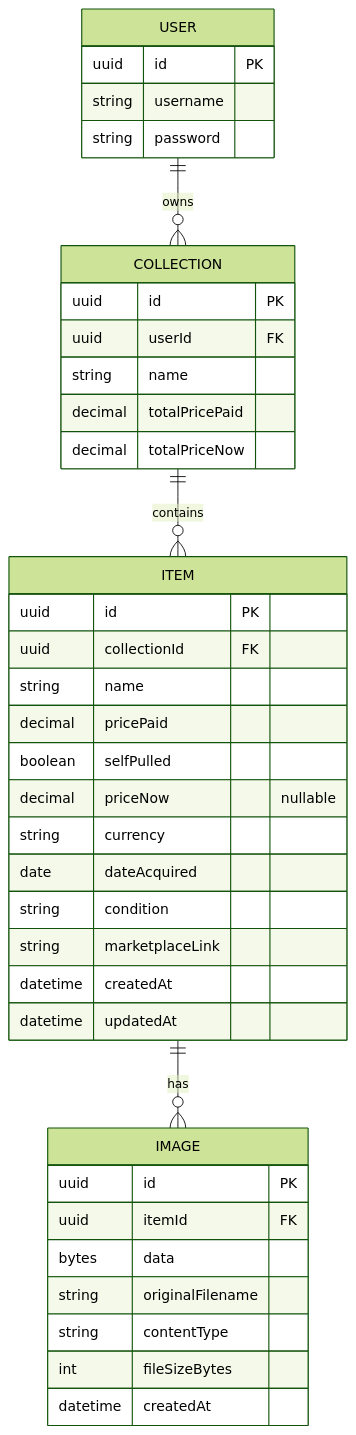
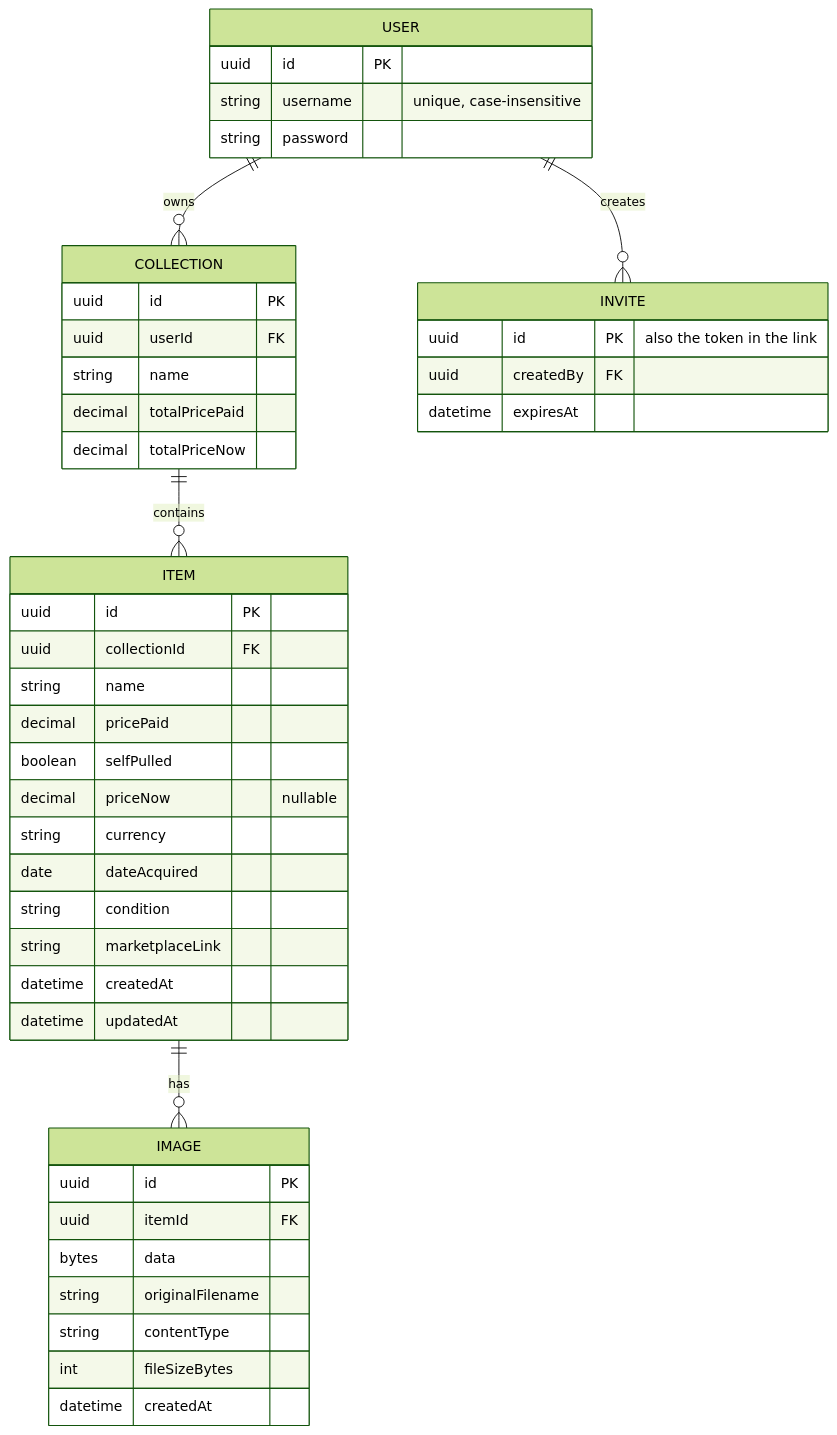
The diagram in database/data-model-mvp.md (MarcoSchoch1/pack-rat-docs), drawn with Mermaid (forest theme) before and after one commit. The commit also changed other lines of this file and 6 other files, not shown here.

````diff
--- a/database/data-model-mvp.md
+++ b/database/data-model-mvp.md
@@ -5,41 +5,47 @@
 ```mermaid
 erDiagram
   USER ||--o{ COLLECTION : owns
+  USER ||--o{ INVITE : creates
   COLLECTION ||--o{ ITEM : contains
   ITEM ||--o{ IMAGE : has
   USER {
     uuid id PK
-    string username
+    string username "unique, case-insensitive"
     string password
+  }
+  INVITE {
+    uuid id PK "also the token in the link"
+    uuid createdBy FK
+    datetime expiresAt
   }
   COLLECTION {
     uuid id PK
     uuid userId FK
     string name
     decimal totalPricePaid
     decimal totalPriceNow
   }
   ITEM {
     uuid id PK
     uuid collectionId FK
     string name
     decimal pricePaid
     boolean selfPulled
     decimal priceNow "nullable"
     string currency
     date dateAcquired
     string condition
     string marketplaceLink
     datetime createdAt
     datetime updatedAt
   }
   IMAGE {
     uuid id PK
     uuid itemId FK
     bytes data
     string originalFilename
     string contentType
     int fileSizeBytes
     datetime createdAt
   }
 ```
````
